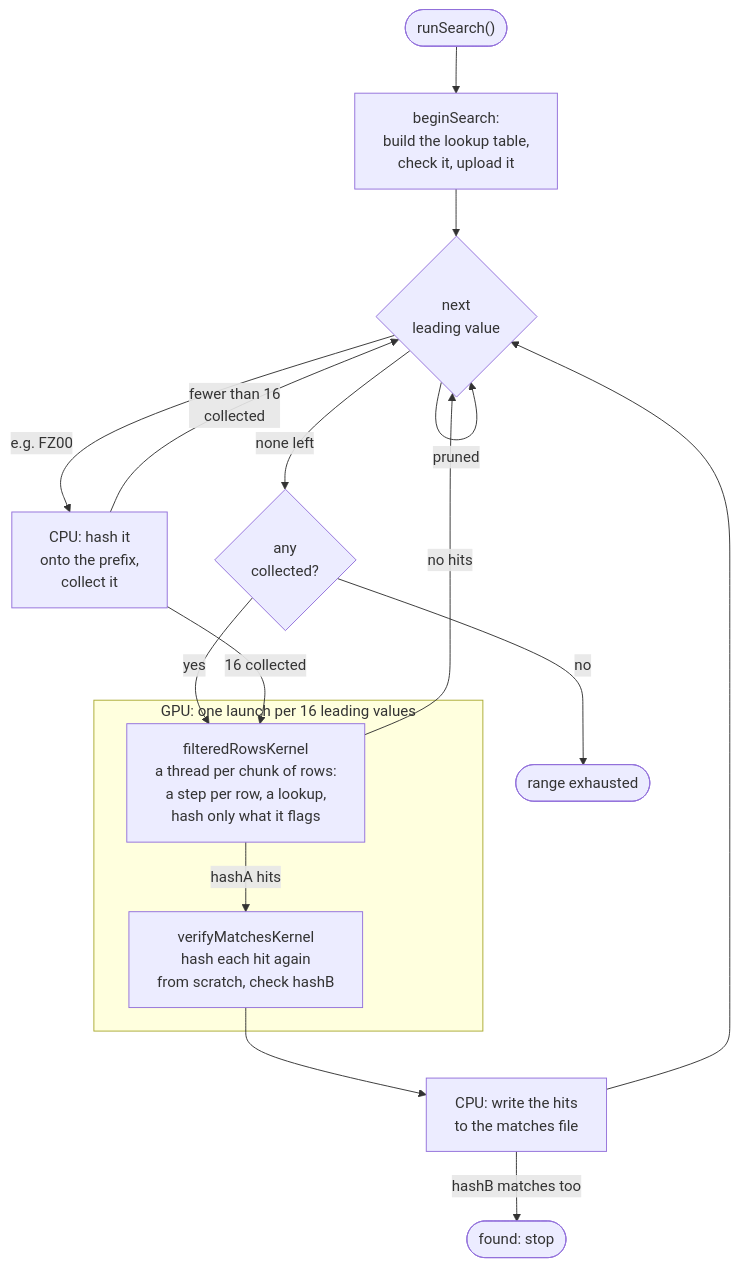
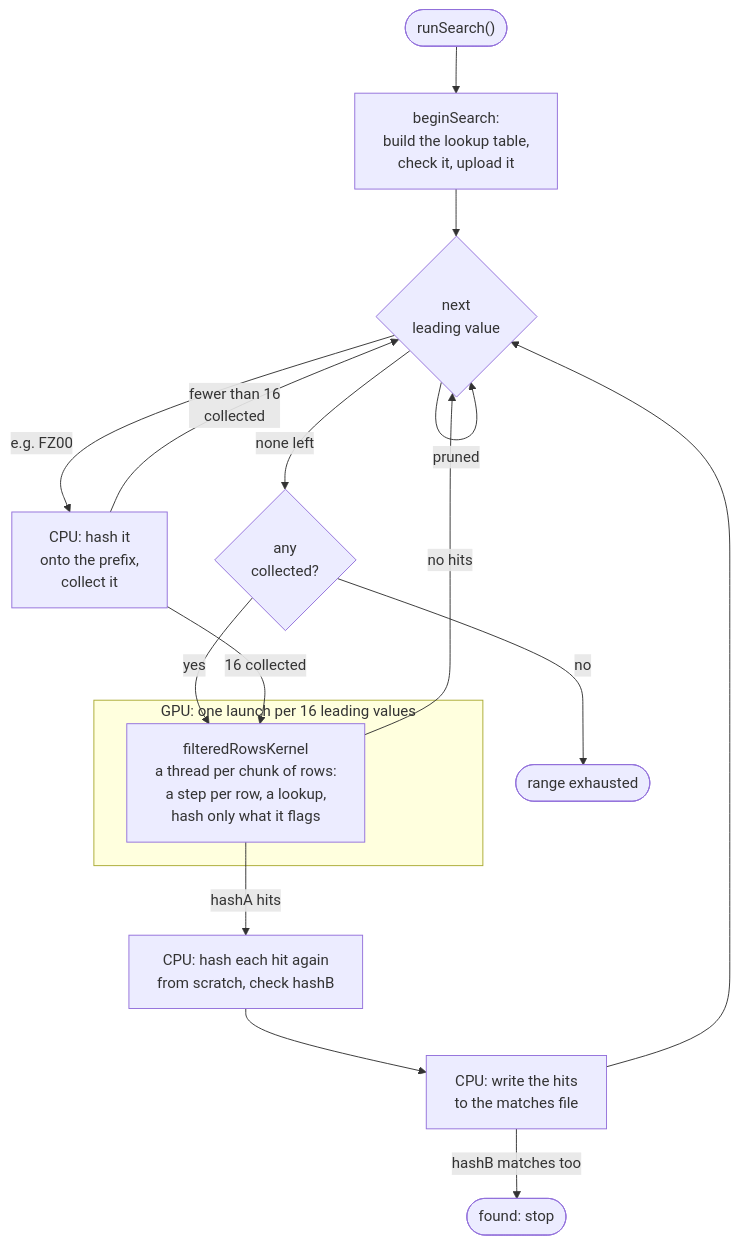
The first of 3 diagrams in client/README.md (sjoblomj/namebreak-bombe), drawn with Mermaid before and after one commit. The commit also changed other lines of this file and 11 other files, not shown here.

````diff
--- a/client/README.md
+++ b/client/README.md
@@ -344,20 +344,20 @@
 ```mermaid
 flowchart TD
     start(["runSearch()"]) --> begin["beginSearch:<br/>build the lookup table,<br/>check it, upload it"]
     begin --> next{"next<br/>leading value"}
     next -->|"pruned"| next
     next -->|"none left"| rest{"any<br/>collected?"}
     rest -->|"no"| done(["range exhausted"])
     rest -->|"yes"| kernel
     next -->|"e.g. FZ00"| seed["CPU: hash it<br/>onto the prefix,<br/>collect it"]
     seed -->|"fewer than 16<br/>collected"| next
     seed -->|"16 collected"| kernel
     subgraph gpu ["GPU: one launch per 16 leading values"]
         kernel["filteredRowsKernel<br/>a thread per chunk of rows:<br/>a step per row, a lookup,<br/>hash only what it flags"]
-        kernel -->|"hashA hits"| verify["verifyMatchesKernel<br/>hash each hit again<br/>from scratch, check hashB"]
     end
     kernel -->|"no hits"| next
+    kernel -->|"hashA hits"| verify["CPU: hash each hit again<br/>from scratch, check hashB"]
     verify --> host["CPU: write the hits<br/>to the matches file"]
     host -->|"hashB matches too"| found(["found: stop"])
     host --> next
 ```
````
